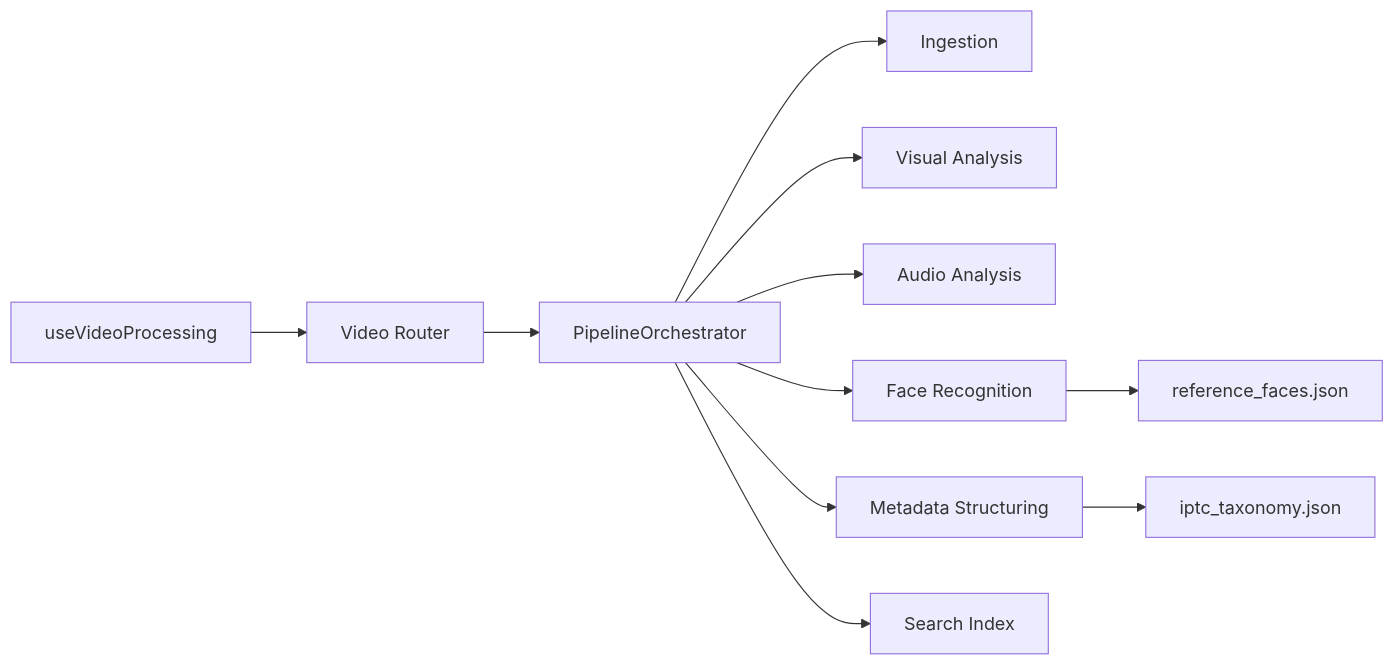
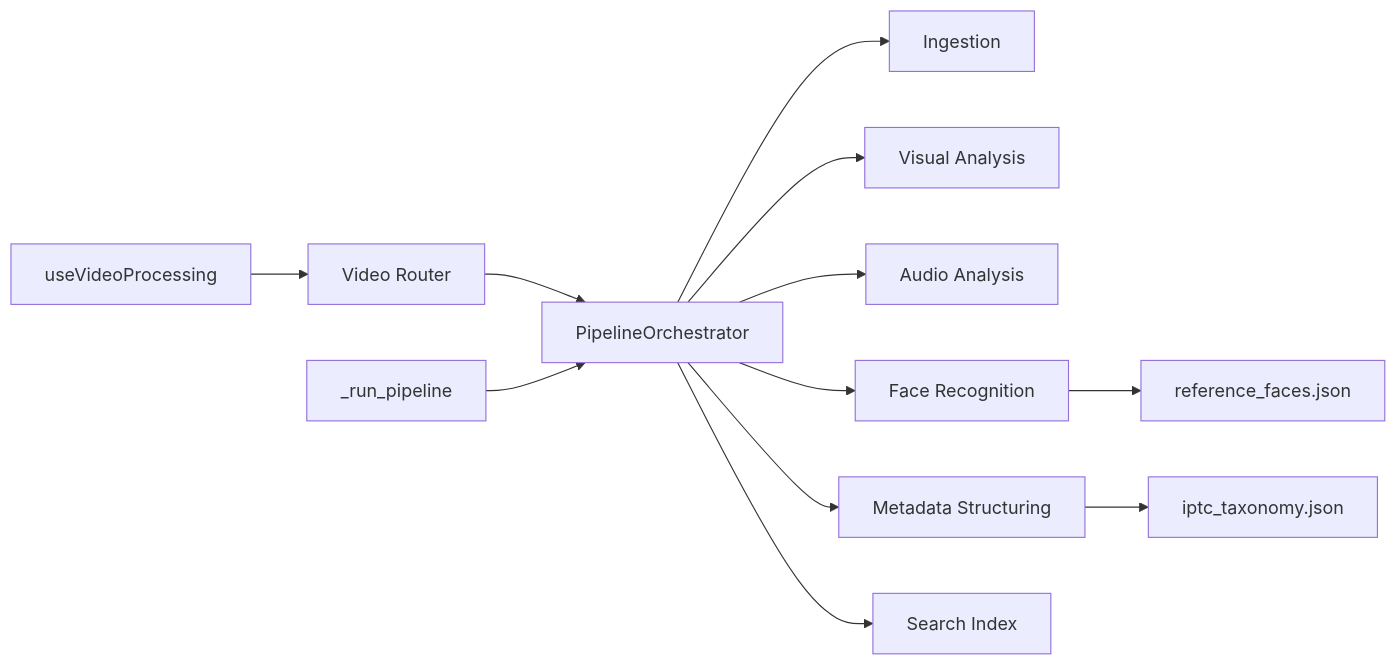
Before and after one commit to alexandreybasta-cyber/dubai-media-ai: the fifth of 5 diagrams in .qoder/repowiki/en/content/Media Processing Pipeline/Media Processing Pipeline.md, drawn with Mermaid. The commit also changed other lines of this file and 19 other files, not shown here.

````diff
--- a/.qoder/repowiki/en/content/Media Processing Pipeline/Media Processing Pipeline.md
+++ b/.qoder/repowiki/en/content/Media Processing Pipeline/Media Processing Pipeline.md
@@ -379,13 +394,14 @@
 ```mermaid
 graph LR
 ORCH["PipelineOrchestrator"] --> ST1["Ingestion"]
 ORCH --> ST2["Visual Analysis"]
 ORCH --> ST3["Audio Analysis"]
 ORCH --> ST4["Face Recognition"]
 ORCH --> ST5["Metadata Structuring"]
 ORCH --> ST6["Search Index"]
 ST4 --> REF["reference_faces.json"]
 ST5 --> IPTC["iptc_taxonomy.json"]
 ROUTER["Video Router"] --> ORCH
 FEHOOK["useVideoProcessing"] --> ROUTER
+TASK["_run_pipeline"] --> ORCH
 ```
````
